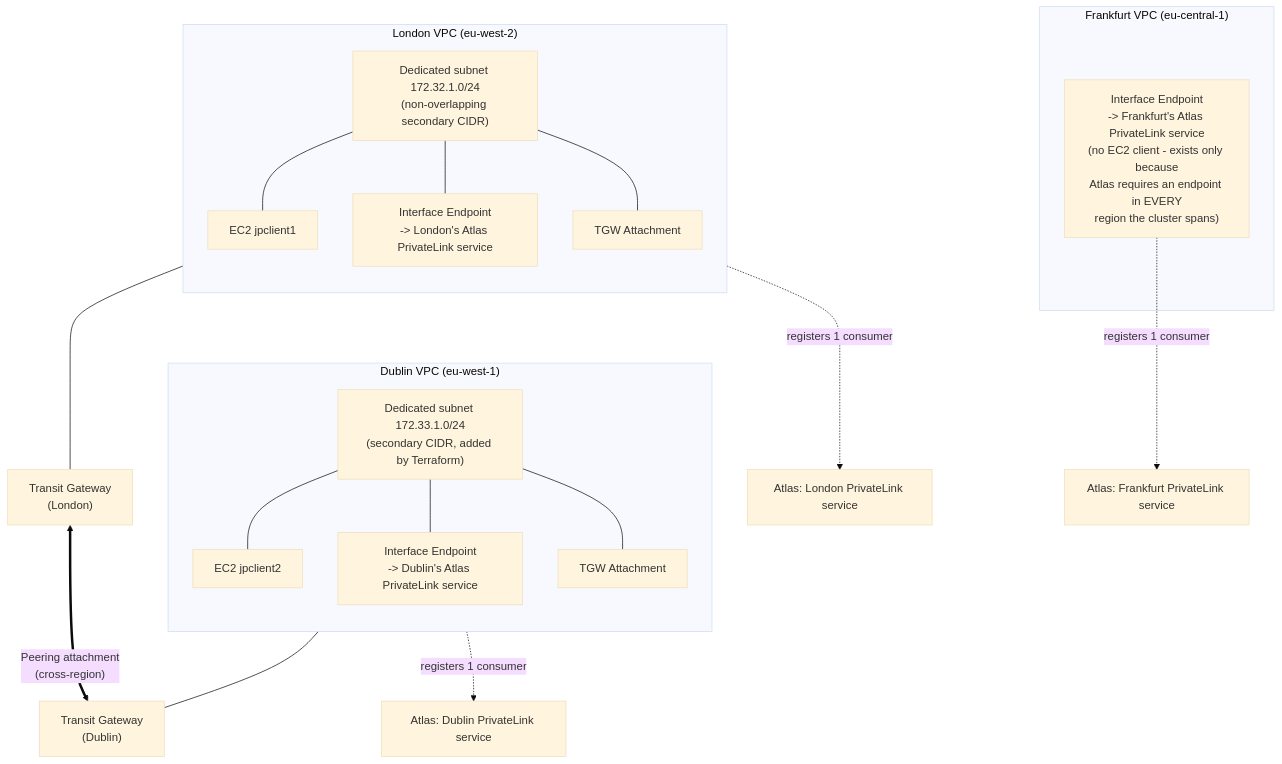
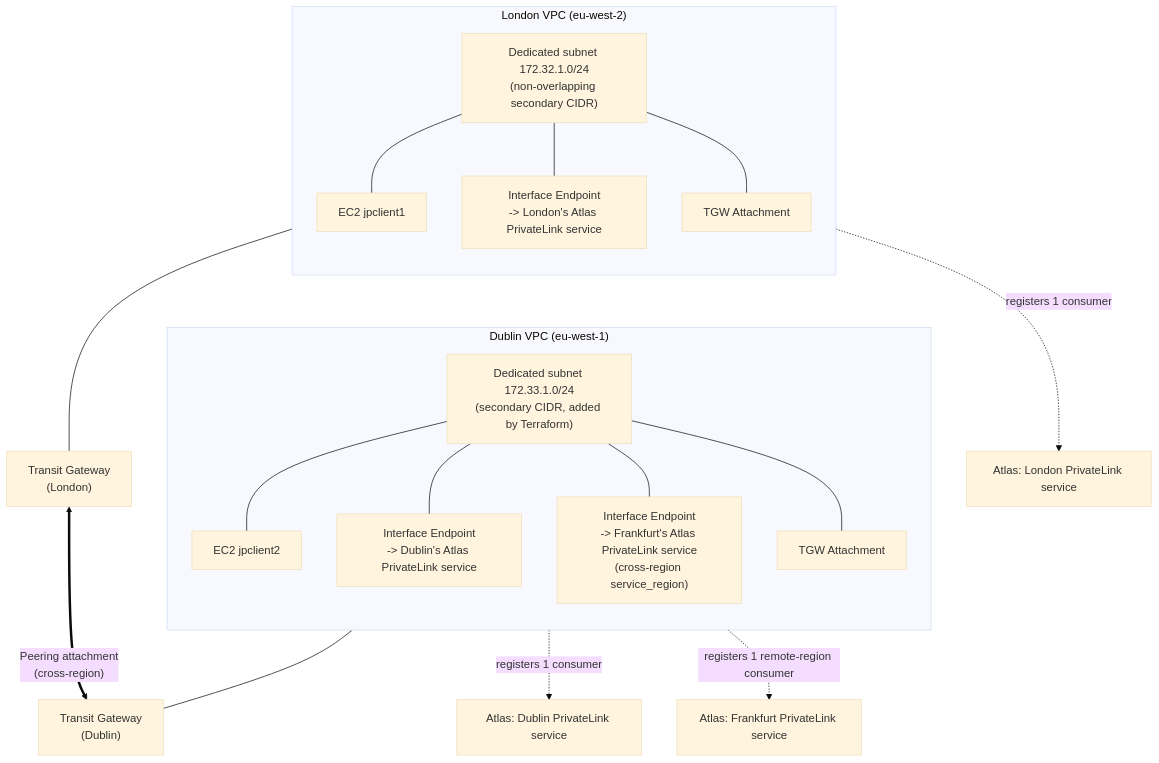
The fourth of 6 diagrams in ARCHITECTURE.md (johnlpage/DistKafka), drawn with Mermaid (base theme) before and after one commit. The commit also changed other lines of this file and 12 other files, not shown here.

````diff
--- a/ARCHITECTURE.md
+++ b/ARCHITECTURE.md
@@ -176,39 +176,37 @@
 ```mermaid
 flowchart TB
     subgraph LondonVPC["London VPC (eu-west-2)"]
         direction TB
         LSub["Dedicated subnet 172.32.1.0/24<br/>(non-overlapping secondary CIDR)"]
         LInst["EC2 jpclient1"]
         LEP["Interface Endpoint<br/>-> London's Atlas PrivateLink service"]
         LTGWAttach["TGW Attachment"]
         LSub --- LInst
         LSub --- LEP
         LSub --- LTGWAttach
     end
 
     subgraph IrelandVPC["Dublin VPC (eu-west-1)"]
         direction TB
         ISub["Dedicated subnet 172.33.1.0/24<br/>(secondary CIDR, added by Terraform)"]
         IInst["EC2 jpclient2"]
         IEP["Interface Endpoint<br/>-> Dublin's Atlas PrivateLink service"]
+        IEPF["Interface Endpoint<br/>-> Frankfurt's Atlas PrivateLink service<br/>(cross-region service_region)"]
         ITGWAttach["TGW Attachment"]
         ISub --- IInst
         ISub --- IEP
+        ISub --- IEPF
         ISub --- ITGWAttach
-    end
-
-    subgraph FrankfurtVPC["Frankfurt VPC (eu-central-1)"]
-        FEP["Interface Endpoint<br/>-> Frankfurt's Atlas PrivateLink service<br/>(no EC2 client - exists only because<br/>Atlas requires an endpoint in EVERY<br/>region the cluster spans)"]
     end
 
     LTGW["Transit Gateway<br/>(London)"]
     ITGW["Transit Gateway<br/>(Dublin)"]
 
     LTGWAttach --- LTGW
     ITGWAttach --- ITGW
     LTGW <==>|"Peering attachment<br/>(cross-region)"| ITGW
 
     LEP -.->|"registers 1 consumer"| LondonAtlas["Atlas: London PrivateLink service"]
     IEP -.->|"registers 1 consumer"| IrelandAtlas["Atlas: Dublin PrivateLink service"]
-    FEP -.->|"registers 1 consumer"| FrankfurtAtlas["Atlas: Frankfurt PrivateLink service"]
+    IEPF -.->|"registers 1 remote-region consumer"| FrankfurtAtlas["Atlas: Frankfurt PrivateLink service"]
 ```
````
